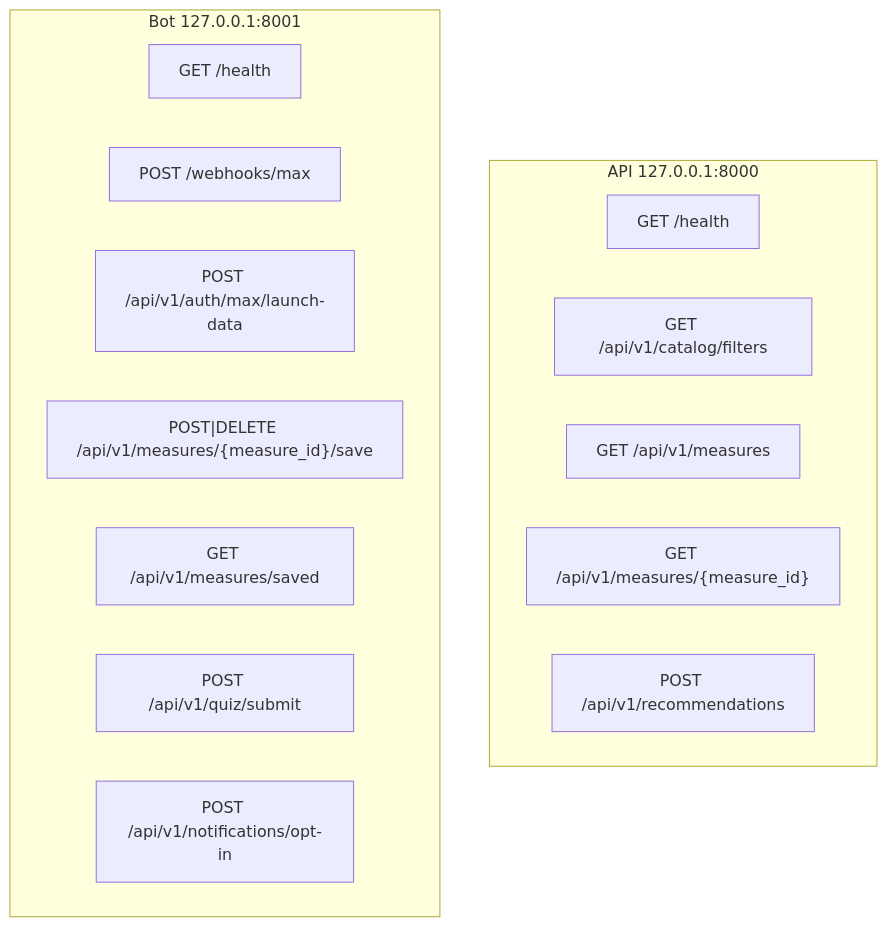
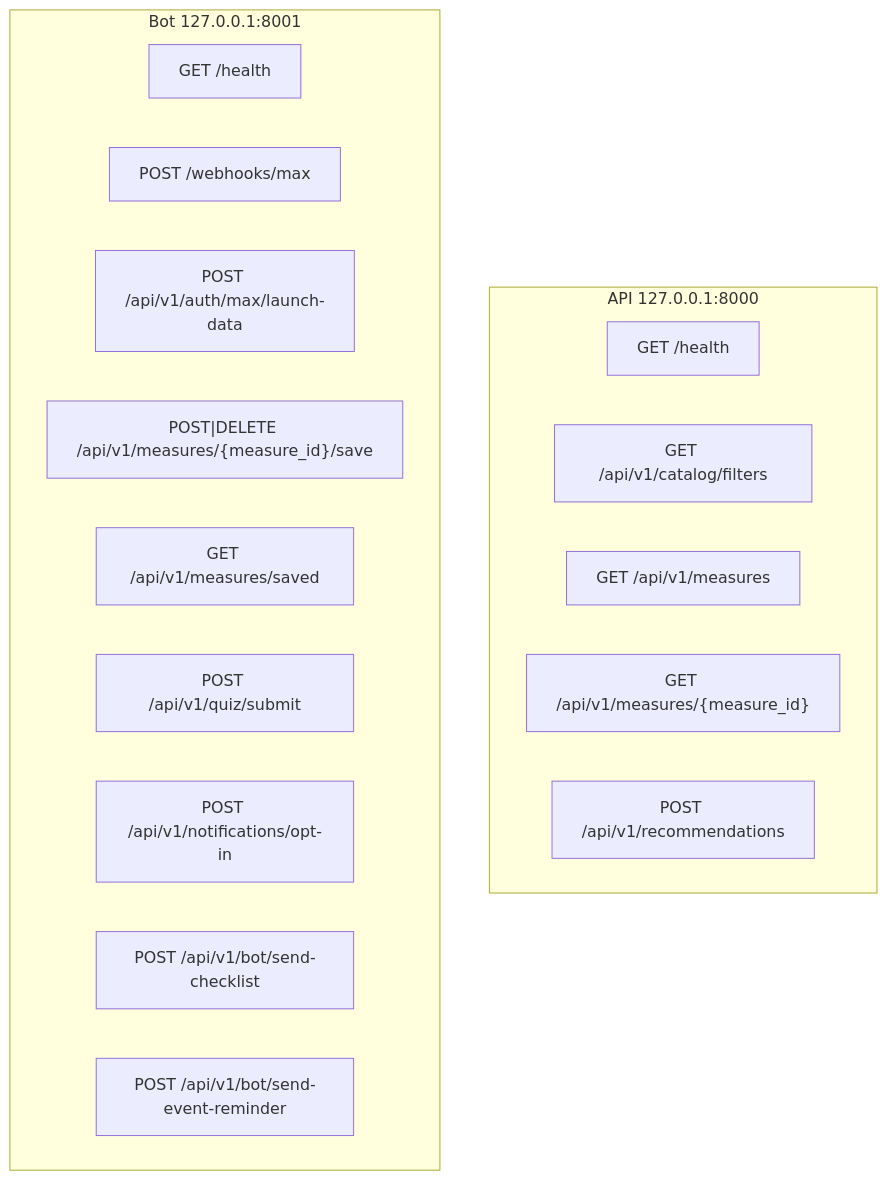
One commit to neinmice/maxhackathon changed the diagram in docs/API_CONTRACT.md. Above: the diagram before and after it, drawn with Mermaid. The commit also changed 200 other files, not shown here.

````diff
--- a/docs/API_CONTRACT.md
+++ b/docs/API_CONTRACT.md
@@ -9,19 +9,21 @@
 ```mermaid
 graph TD
   subgraph api ["API 127.0.0.1:8000"]
     A1["GET /health"]
     A2["GET /api/v1/catalog/filters"]
     A3["GET /api/v1/measures"]
     A4["GET /api/v1/measures/{measure_id}"]
     A5["POST /api/v1/recommendations"]
   end
   subgraph bot ["Bot 127.0.0.1:8001"]
     B1["GET /health"]
     B2["POST /webhooks/max"]
     B3["POST /api/v1/auth/max/launch-data"]
     B4["POST|DELETE /api/v1/measures/{measure_id}/save"]
     B5["GET /api/v1/measures/saved"]
     B6["POST /api/v1/quiz/submit"]
     B7["POST /api/v1/notifications/opt-in"]
+    B8["POST /api/v1/bot/send-checklist"]
+    B9["POST /api/v1/bot/send-event-reminder"]
   end
 ```
````
